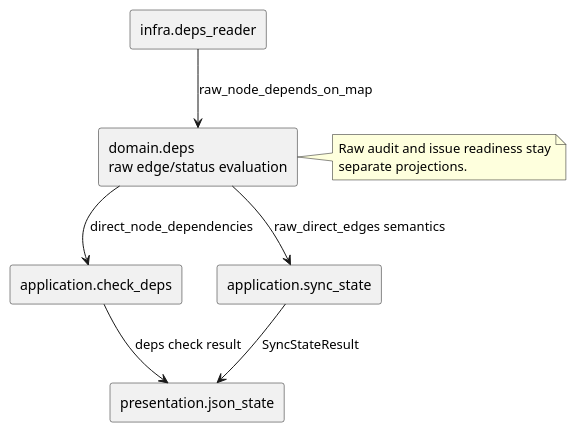
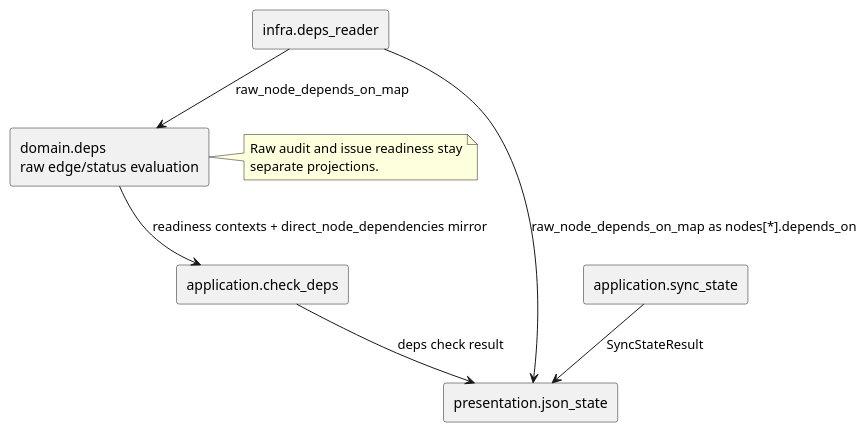
One commit to chemitaro/spec-dock changed the diagram in spec-dock/initiatives/init-local-00003-architecture-maintenance-and-hardening/epics/epic-00059-dependency-metadata-unification-and-command-mutation/issues/iss-00235-repair-high-level-dependency-source-projection/design.md. Above: the diagram before and after it, drawn with PlantUML. The commit also changed other lines of this file and 18 other files, not shown here.

````diff
--- a/spec-dock/initiatives/init-local-00003-architecture-maintenance-and-hardening/epics/epic-00059-dependency-metadata-unification-and-command-mutation/issues/iss-00235-repair-high-level-dependency-source-projection/design.md
+++ b/spec-dock/initiatives/init-local-00003-architecture-maintenance-and-hardening/epics/epic-00059-dependency-metadata-unification-and-command-mutation/issues/iss-00235-repair-high-level-dependency-source-projection/design.md
@@ -119,22 +126,22 @@
 ```plantuml
 @startuml
 top to bottom direction
 
 rectangle "infra.deps_reader" as Reader
 rectangle "domain.deps\nraw edge/status evaluation" as Domain
 rectangle "application.check_deps" as Check
 rectangle "application.sync_state" as Sync
 rectangle "presentation.json_state" as Json
 
 Reader --> Domain : raw_node_depends_on_map
-Domain --> Check : direct_node_dependencies
-Domain --> Sync : raw_direct_edges semantics
+Domain --> Check : readiness contexts + direct_node_dependencies mirror
+Reader --> Json : raw_node_depends_on_map as nodes[*].depends_on
 Check --> Json : deps check result
 Sync --> Json : SyncStateResult
 
 note right of Domain
 Raw audit and issue readiness stay
 separate projections.
 end note
 @enduml
 ```
````
